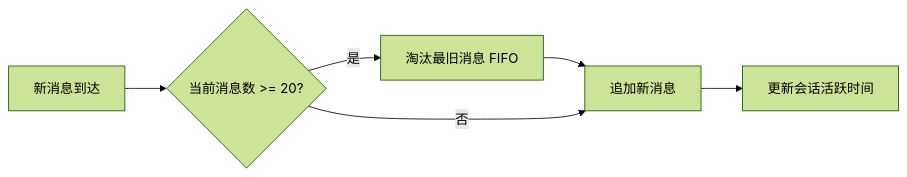
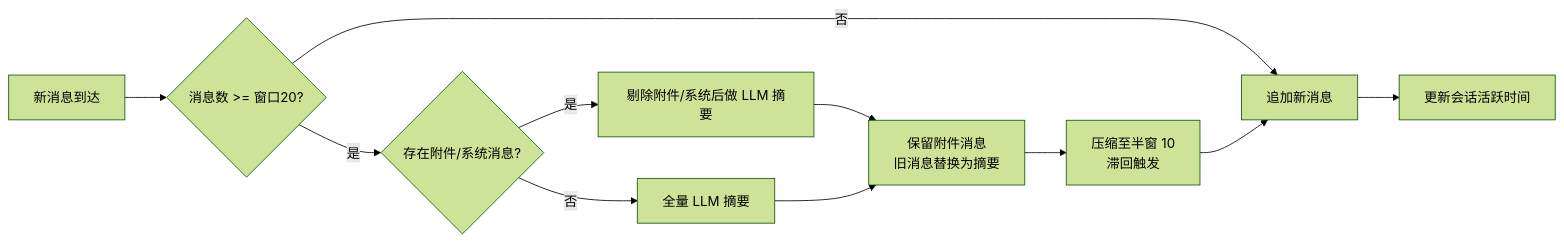
One commit to zxchengQQ/agent_demo changed the third of 7 diagrams in KNOWLEDGE_BASE.md. Above: the diagram before and after it, drawn with Mermaid (forest theme). The commit also changed other lines of this file and 151 other files, not shown here.

````diff
--- a/KNOWLEDGE_BASE.md
+++ b/KNOWLEDGE_BASE.md
@@ -538,8 +541,13 @@
 ```mermaid
 flowchart LR
-    A[新消息到达] --> B{当前消息数 >= 20?}
-    B -->|是| C[淘汰最旧消息 FIFO]
-    C --> D[追加新消息]
-    B -->|否| D
-    D --> E[更新会话活跃时间]
+    A[新消息到达] --> B{消息数 >= 窗口20?}
+    B -->|是| C{存在附件/系统消息?}
+    C -->|是| D[剔除附件/系统后做 LLM 摘要]
+    C -->|否| E[全量 LLM 摘要]
+    D --> F[保留附件消息<br/>旧消息替换为摘要]
+    E --> F
+    F --> G[压缩至半窗 10<br/>滞回触发]
+    B -->|否| H[追加新消息]
+    G --> H
+    H --> I[更新会话活跃时间]
 ```
````
